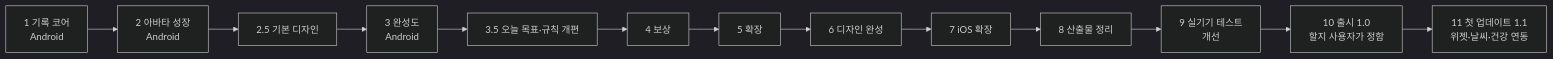
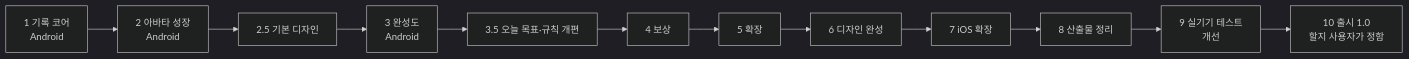
One commit to dhkim1522/runmagochi changed the diagram in docs/roadmap.md. Above: the diagram before and after it, drawn with Mermaid (dark theme). The commit also changed other lines of this file and 6 other files, not shown here.

````diff
--- a/docs/roadmap.md
+++ b/docs/roadmap.md
@@ -13,15 +13,14 @@
 ```mermaid
 flowchart LR
     P1["1 기록 코어<br/>Android"] --> P2["2 아바타 성장<br/>Android"]
     P2 --> P25["2.5 기본 디자인"]
     P25 --> P3["3 완성도<br/>Android"]
     P3 --> P35["3.5 오늘 목표·규칙 개편"]
     P35 --> P4["4 보상"]
     P4 --> P5["5 확장"]
     P5 --> P6["6 디자인 완성"]
     P6 --> P7["7 iOS 확장"]
     P7 --> P8["8 산출물 정리"]
     P8 --> P9["9 실기기 테스트<br/>개선"]
     P9 --> P10["10 출시 1.0<br/>할지 사용자가 정함"]
-    P10 --> P11["11 첫 업데이트 1.1<br/>위젯·날씨·건강 연동"]
 ```
````
